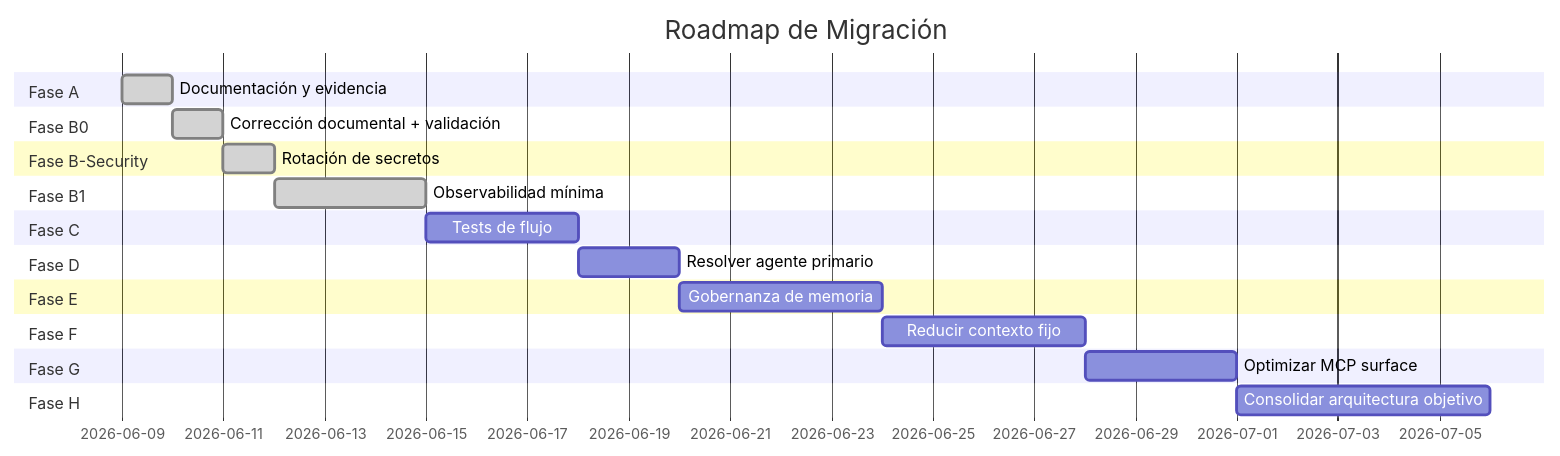
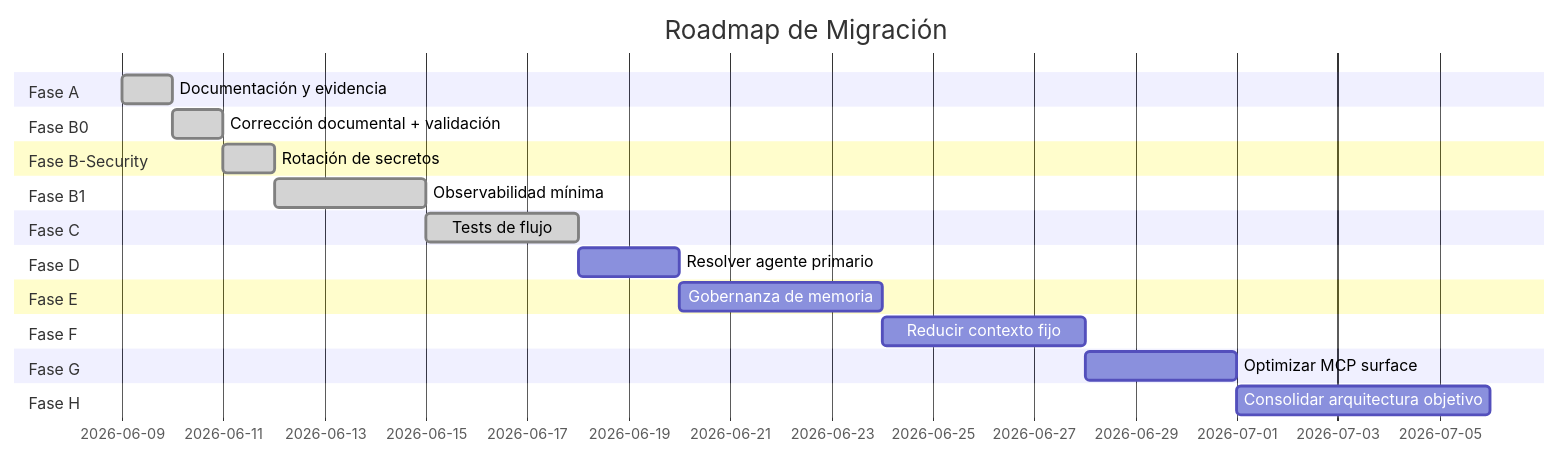
The first of 2 diagrams in docs/opencode-architecture/12-migration-roadmap.md (harrysxavio/opencode-architecture), drawn with Mermaid before and after one commit. The commit also changed other lines of this file and 13 other files, not shown here.

````diff
--- a/docs/opencode-architecture/12-migration-roadmap.md
+++ b/docs/opencode-architecture/12-migration-roadmap.md
@@ -208,36 +208,36 @@
 ```mermaid
 gantt
     title Roadmap de Migración
     dateFormat  YYYY-MM-DD
     axisFormat  %Y-%m-%d
     
     section Fase A
     Documentación y evidencia          :done, A, 2026-06-09, 1d
 
     section Fase B0
     Corrección documental + validación :done, B0, after A, 1d
     
     section Fase B-Security
     Rotación de secretos               :done, B_SEC, after B0, 1d
     
     section Fase B1
     Observabilidad mínima              :done, B1, after B_SEC, 3d
     
     section Fase C
-    Tests de flujo                     :C, after B1, 3d
+    Tests de flujo                     :done, C, after B1, 3d
     
     section Fase D
     Resolver agente primario           :D, after C, 2d
     
     section Fase E
     Gobernanza de memoria              :E, after D, 4d
     
     section Fase F
     Reducir contexto fijo              :F, after E, 4d
     
     section Fase G
     Optimizar MCP surface              :G, after F, 3d
     
     section Fase H
     Consolidar arquitectura objetivo   :H, after G, 5d
 ```
````
